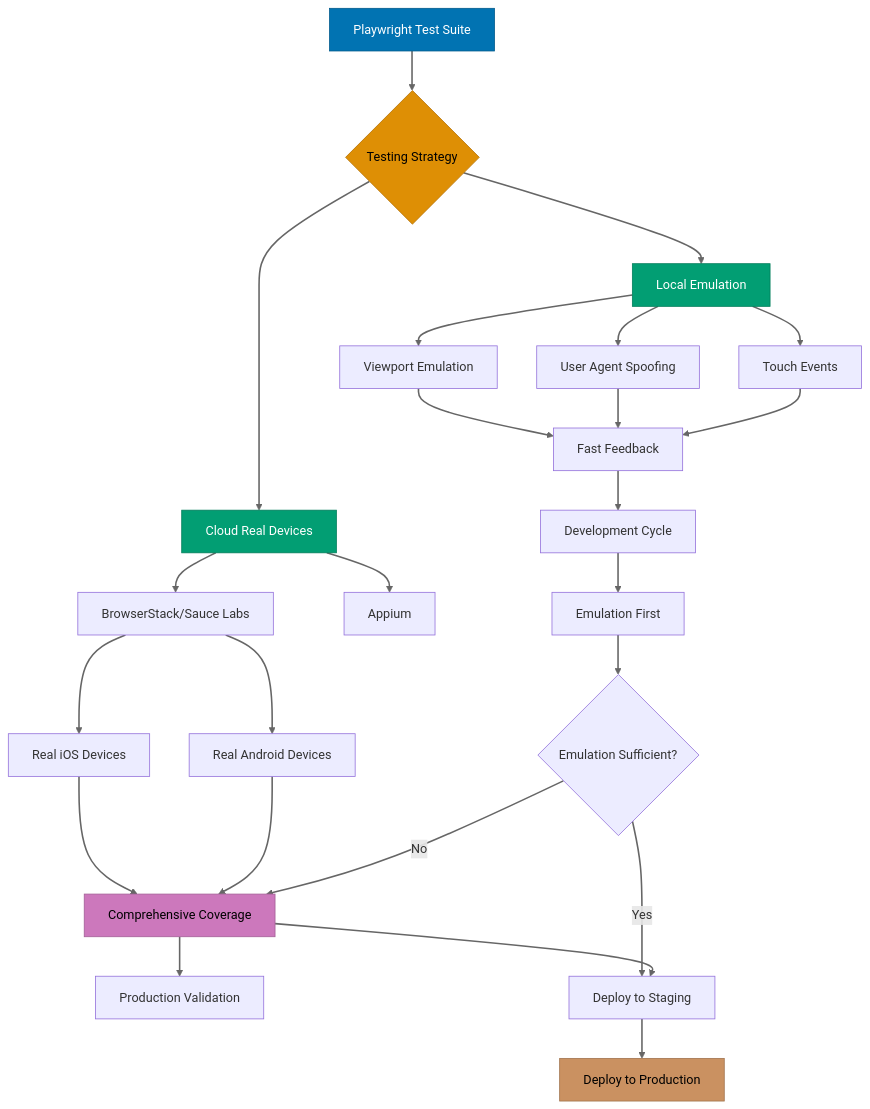
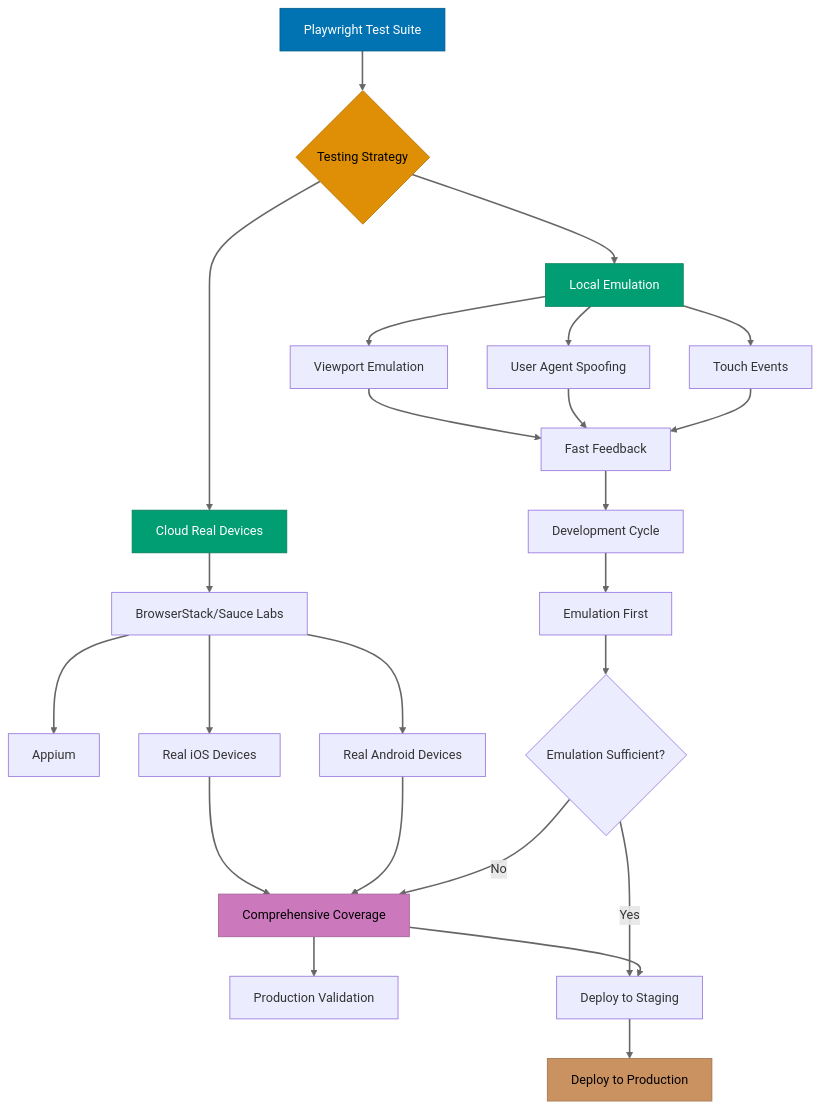
One commit to wahidyankf/baseerah changed the diagram in apps/ayokoding-www/content/en/learn/software-engineering/automation-testing/tools/playwright/in-the-field/mobile-testing.md. Above: the diagram before and after it, drawn with Mermaid. The commit also changed 88 other files, not shown here.

First line of the commit message:
fix(ayokoding-www): resolve pre-existing Mermaid violations, exclude fixtures/plans-done

````diff
--- a/apps/ayokoding-www/content/en/learn/software-engineering/automation-testing/tools/playwright/in-the-field/mobile-testing.md
+++ b/apps/ayokoding-www/content/en/learn/software-engineering/automation-testing/tools/playwright/in-the-field/mobile-testing.md
@@ -555,45 +555,45 @@
 ```mermaid
 flowchart TD
     A[Playwright Test Suite] --> B{Testing Strategy}
 
     B --> C[Local Emulation]
     B --> D[Cloud Real Devices]
 
     C --> C1[Viewport Emulation]
     C --> C2[User Agent Spoofing]
     C --> C3[Touch Events]
 
     C1 --> C4[Fast Feedback]
     C2 --> C4
     C3 --> C4
 
     D --> D1[BrowserStack/Sauce Labs]
-    D --> D2[Appium]
+    D1 --> D2[Appium]
 
     D1 --> D3[Real iOS Devices]
     D1 --> D4[Real Android Devices]
 
     D3 --> D5[Comprehensive Coverage]
     D4 --> D5
 
     C4 --> E[Development Cycle]
     D5 --> F[Production Validation]
 
     E --> G[Emulation First]
     G --> H{Emulation Sufficient?}
 
     H -->|Yes| I[Deploy to Staging]
     H -->|No| D5
 
     D5 --> I
     I --> J[Deploy to Production]
 
     style A fill:#0173B2,stroke:#015a8c,color:#fff
     style B fill:#DE8F05,stroke:#b57204,color:#000
     style C fill:#029E73,stroke:#027d5b,color:#fff
     style D fill:#029E73,stroke:#027d5b,color:#fff
     style D5 fill:#CC78BC,stroke:#a35f96,color:#000
     style J fill:#CA9161,stroke:#a1734d,color:#000
 
     linkStyle default stroke:#666,stroke-width:2px
 ```
````
